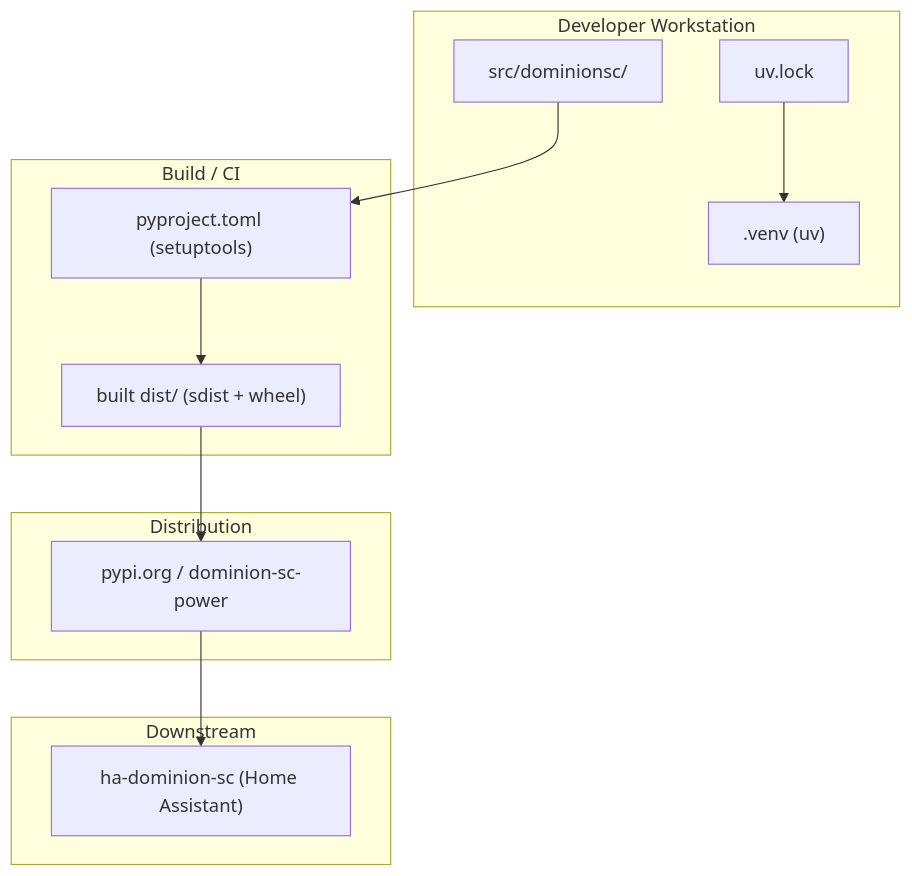
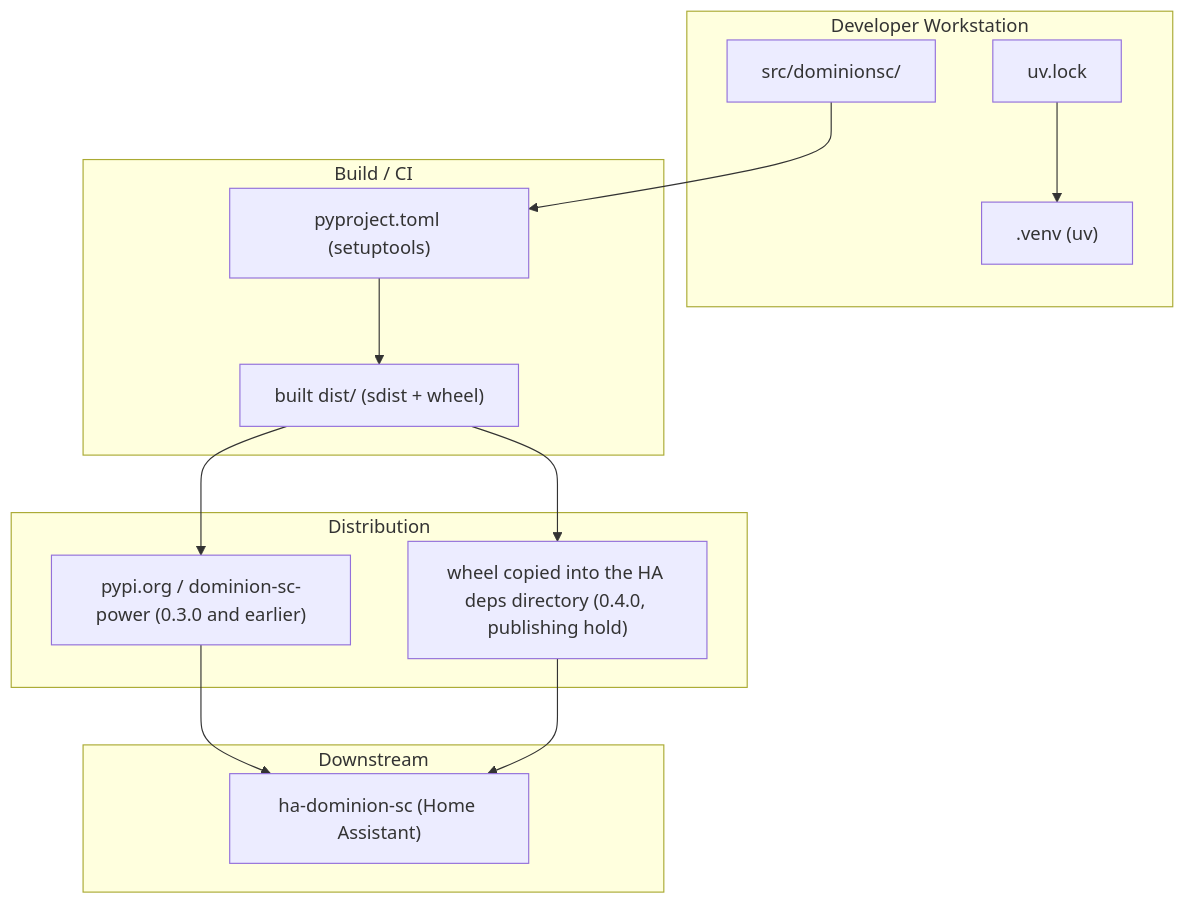
One commit to hype8912/dominion-sc-power changed the second of 2 diagrams in docs/architecture/05-deployment.md. Above: the diagram before and after it, drawn with Mermaid. The commit also changed other lines of this file and 10 other files, not shown here.

````diff
--- a/docs/architecture/05-deployment.md
+++ b/docs/architecture/05-deployment.md
@@ -36,25 +36,27 @@
 ```mermaid
 flowchart TB
     subgraph Local["Developer Workstation"]
         Source["src/dominionsc/"]
         Venv[".venv (uv)"]
         Lock["uv.lock"]
     end
 
     subgraph Build["Build / CI"]
         Package["pyproject.toml (setuptools)"]
         Wheel["built dist/ (sdist + wheel)"]
     end
 
     subgraph Registry["Distribution"]
-        PyPI["pypi.org / dominion-sc-power"]
+        PyPI["pypi.org / dominion-sc-power (0.3.0 and earlier)"]
+        Manual["wheel copied into the HA deps directory (0.4.0, publishing hold)"]
     end
 
     subgraph Consumer["Downstream"]
         HA_Integration["ha-dominion-sc (Home Assistant)"]
     end
 
     Source --> Package
     Lock --> Venv
     Package --> Wheel --> PyPI --> HA_Integration
+    Wheel --> Manual --> HA_Integration
 ```
````
